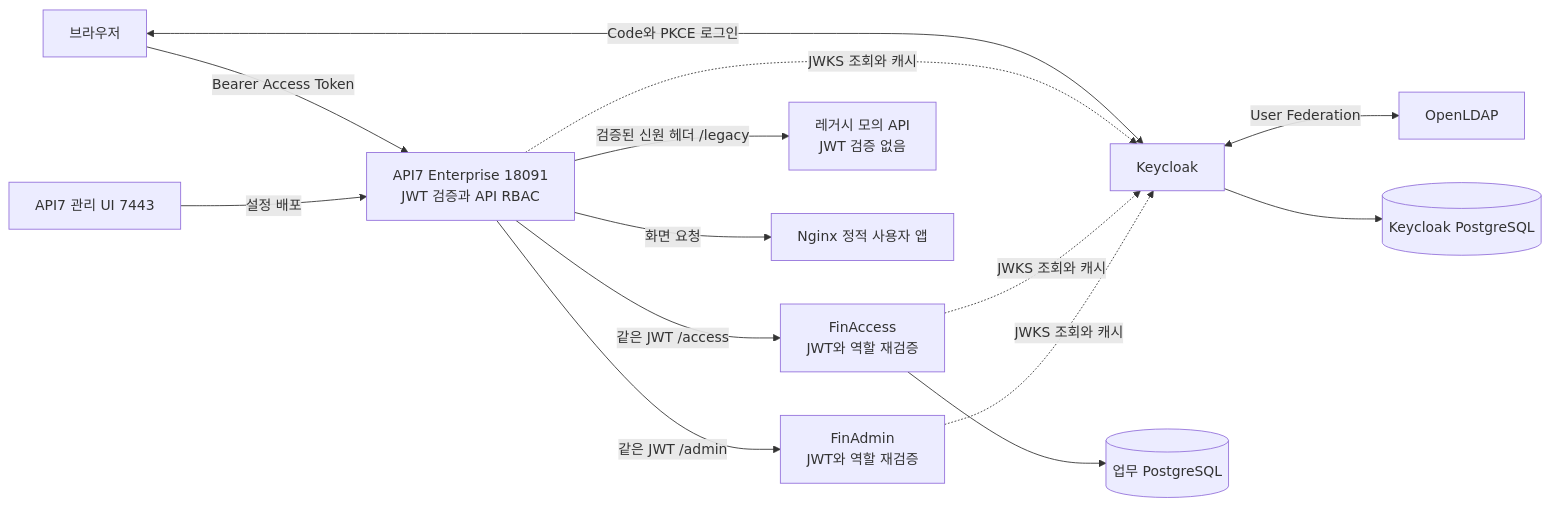
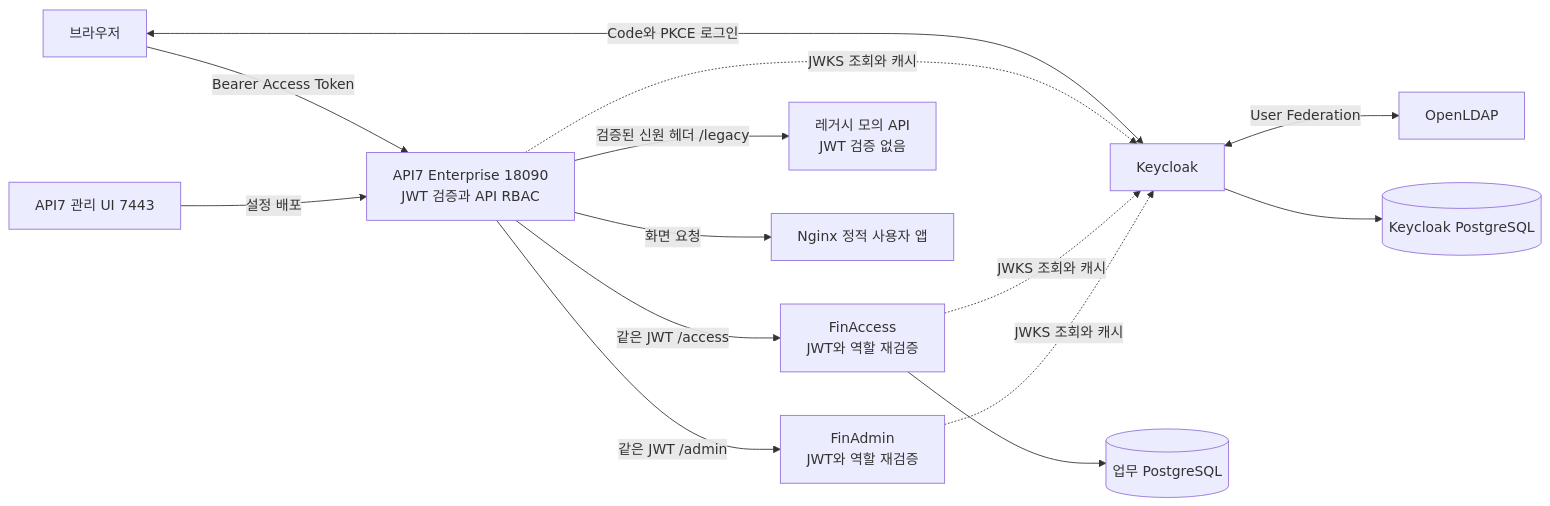
One commit to Greenapple0101/finadmin changed the diagram in docs/15-api7-enterprise-integration.md. Above: the diagram before and after it, drawn with Mermaid. The commit also changed other lines of this file and 12 other files, not shown here.

````diff
--- a/docs/15-api7-enterprise-integration.md
+++ b/docs/15-api7-enterprise-integration.md
@@ -18,16 +17,16 @@
 ```mermaid
 flowchart LR
   B[브라우저] <-->|Code와 PKCE 로그인| K[Keycloak]
   K <-->|User Federation| L[OpenLDAP]
   K --> KD[(Keycloak PostgreSQL)]
-  B -->|Bearer Access Token| G[API7 Enterprise 18091\nJWT 검증과 API RBAC]
+  B -->|Bearer Access Token| G[API7 Enterprise 18090\nJWT 검증과 API RBAC]
   C[API7 관리 UI 7443] -->|설정 배포| G
   G -->|같은 JWT /access| A[FinAccess\nJWT와 역할 재검증]
   G -->|같은 JWT /admin| D[FinAdmin\nJWT와 역할 재검증]
   G -->|검증된 신원 헤더 /legacy| E[레거시 모의 API\nJWT 검증 없음]
   G -->|화면 요청| W[Nginx 정적 사용자 앱]
   A --> DB[(업무 PostgreSQL)]
   G -.->|JWKS 조회와 캐시| K
   A -.->|JWKS 조회와 캐시| K
   D -.->|JWKS 조회와 캐시| K
 ```
````
